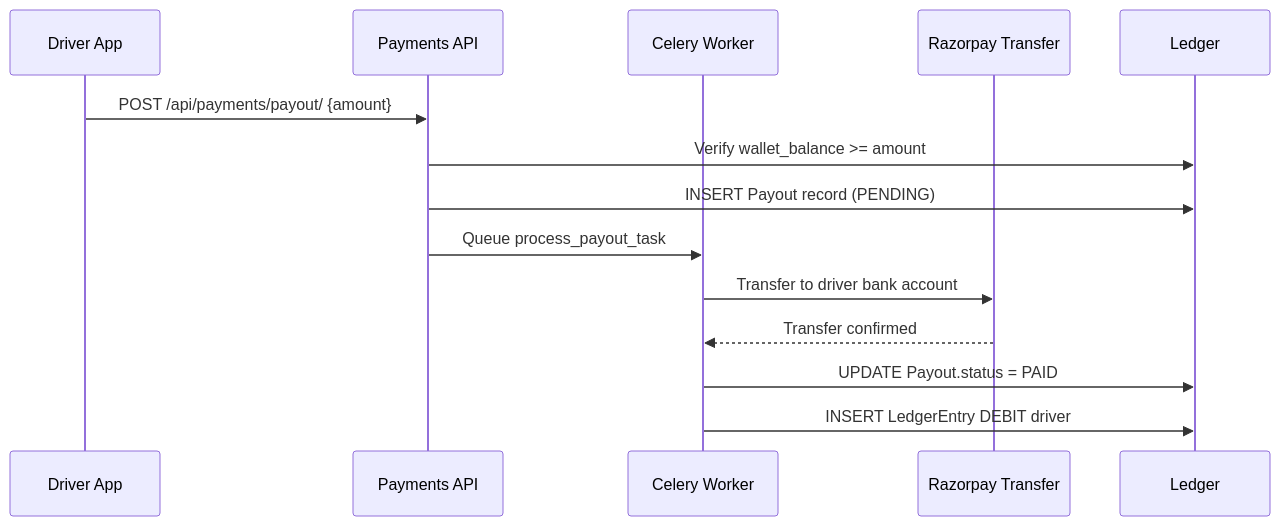
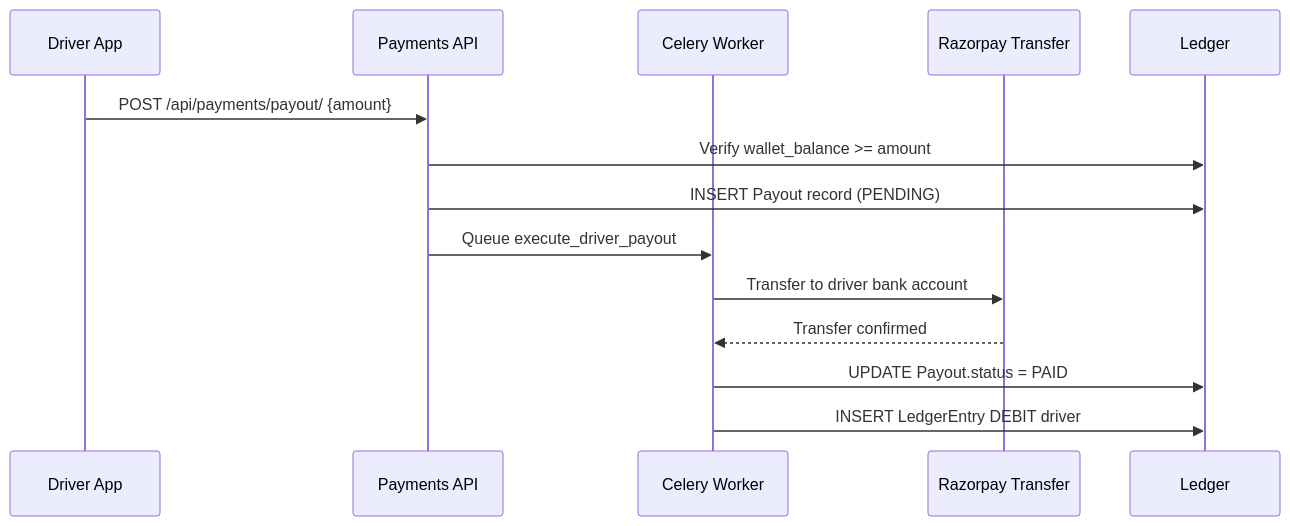
The diagram in docs/4.Payments/5.Workflows/Payout_Flow.md (sanjaikumarask/uber--clone), drawn with Mermaid before and after one commit. The commit also changed other lines of this file and 116 other files, not shown here.

````diff
--- a/docs/4.Payments/5.Workflows/Payout_Flow.md
+++ b/docs/4.Payments/5.Workflows/Payout_Flow.md
@@ -46,17 +46,17 @@
 ```mermaid
 sequenceDiagram
 participant Driver as Driver App
 participant API as Payments API
 participant Celery as Celery Worker
 participant GW as Razorpay Transfer
 participant DB as Ledger
 
 Driver->>API: POST /api/payments/payout/ {amount}
 API->>DB: Verify wallet_balance >= amount
 API->>DB: INSERT Payout record (PENDING)
-API->>Celery: Queue process_payout_task
+API->>Celery: Queue execute_driver_payout
 Celery->>GW: Transfer to driver bank account
 GW-->>Celery: Transfer confirmed
 Celery->>DB: UPDATE Payout.status = PAID
 Celery->>DB: INSERT LedgerEntry DEBIT driver
 ```
````
